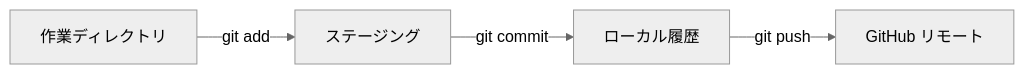
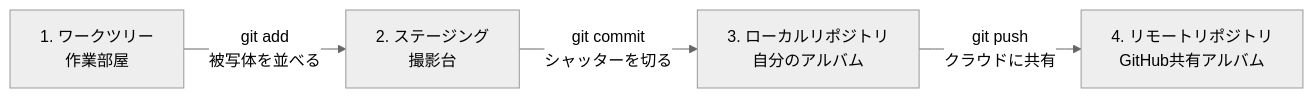
The diagram in src/content/docs/dev/git/basic-flow.md (nakamotohiroshi-biz-team/howto-canvas), drawn with Mermaid (neutral theme) before and after one commit. The commit also changed other lines of this file and 3 other files, not shown here.

````diff
--- a/src/content/docs/dev/git/basic-flow.md
+++ b/src/content/docs/dev/git/basic-flow.md
@@ -11,6 +19,6 @@
 ```mermaid
 graph LR
-    A[作業ディレクトリ] -->|git add| B[ステージング]
-    B -->|git commit| C[ローカル履歴]
-    C -->|git push| D[GitHub リモート]
+    A[1. ワークツリー<br>作業部屋] -->|git add<br>被写体を並べる| B[2. ステージング<br>撮影台]
+    B -->|git commit<br>シャッターを切る| C[3. ローカルリポジトリ<br>自分のアルバム]
+    C -->|git push<br>クラウドに共有| D[4. リモートリポジトリ<br>GitHub共有アルバム]
 ```
````
